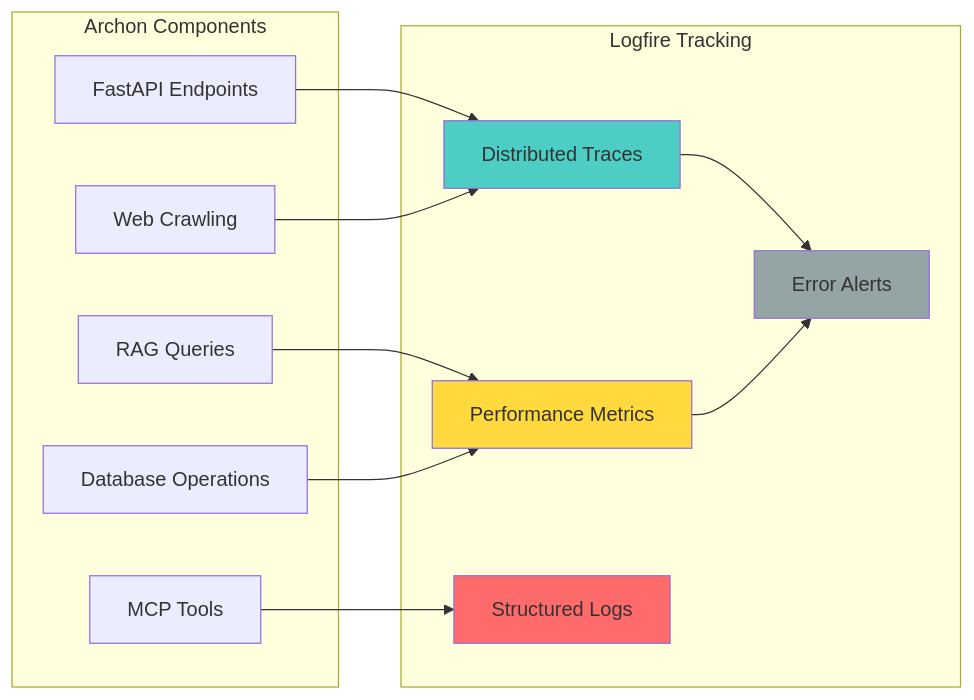
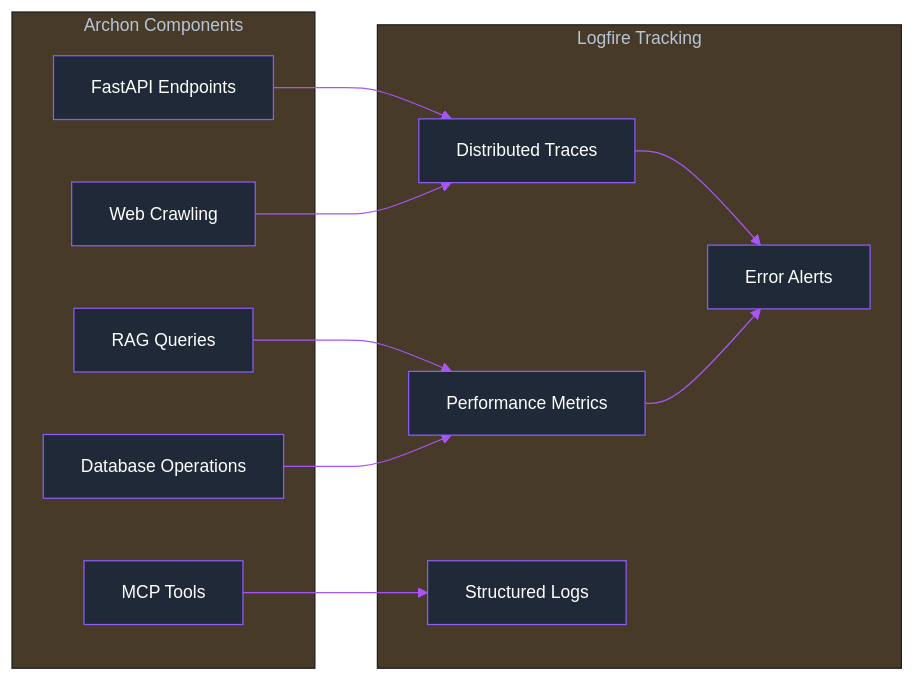
Before and after one commit to tarsonis125/mcp-crawl4ai-rag-ChromaDB-V1: the second of 4 diagrams in docs/docs/configuration.mdx, drawn with Mermaid. The commit also changed other lines of this file and 18 other files, not shown here.

````diff
--- a/docs/docs/configuration.mdx
+++ b/docs/docs/configuration.mdx
@@ -311,31 +322,42 @@
 ```mermaid
+%%{init:{
+  'theme':'base',
+  'themeVariables': {
+    'primaryColor':'#1f2937',
+    'primaryTextColor':'#ffffff',
+    'primaryBorderColor':'#8b5cf6',
+    'lineColor':'#a855f7',
+    'textColor':'#ffffff',
+    'fontFamily':'Inter',
+    'fontSize':'14px',
+    'background':'#000000',
+    'mainBkg':'#1f2937',
+    'secondBkg':'#111827',
+    'borderColor':'#8b5cf6'
+  }
+}}%%
 graph LR
     subgraph "Archon Components"
         API["FastAPI Endpoints"]
         RAG["RAG Queries"]
         MCP["MCP Tools"]
         DB["Database Operations"]
         Crawl["Web Crawling"]
     end
     
     subgraph "Logfire Tracking"
         Traces["Distributed Traces"]
         Metrics["Performance Metrics"]
         Logs["Structured Logs"]
         Alerts["Error Alerts"]
     end
     
     API --> Traces
     RAG --> Metrics
     MCP --> Logs
     DB --> Metrics
     Crawl --> Traces
     
     Traces --> Alerts
     Metrics --> Alerts
-    
-    style Traces fill:#4ecdc4
-    style Metrics fill:#ffd93d
-    style Logs fill:#ff6b6b
-    style Alerts fill:#95a5a6
 ```
````
